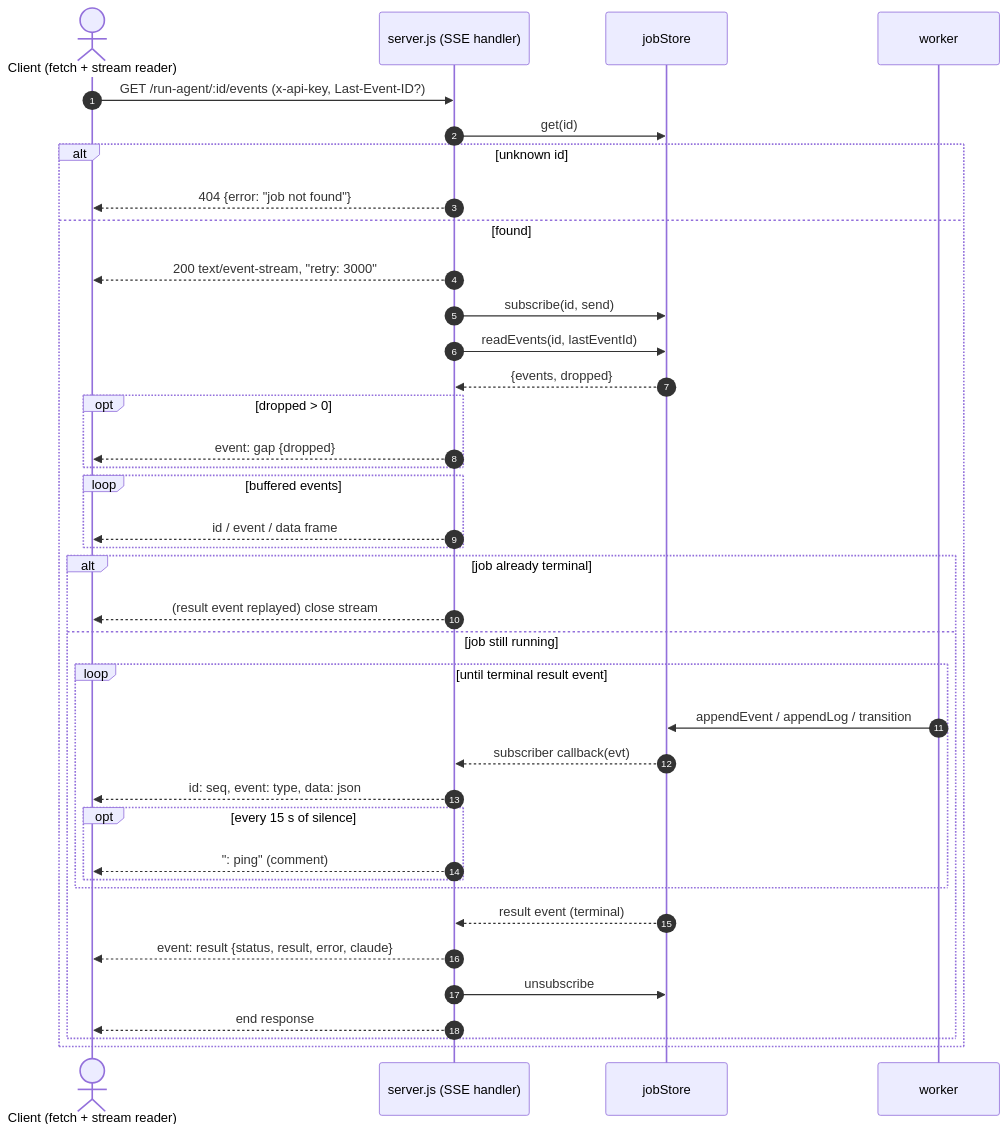
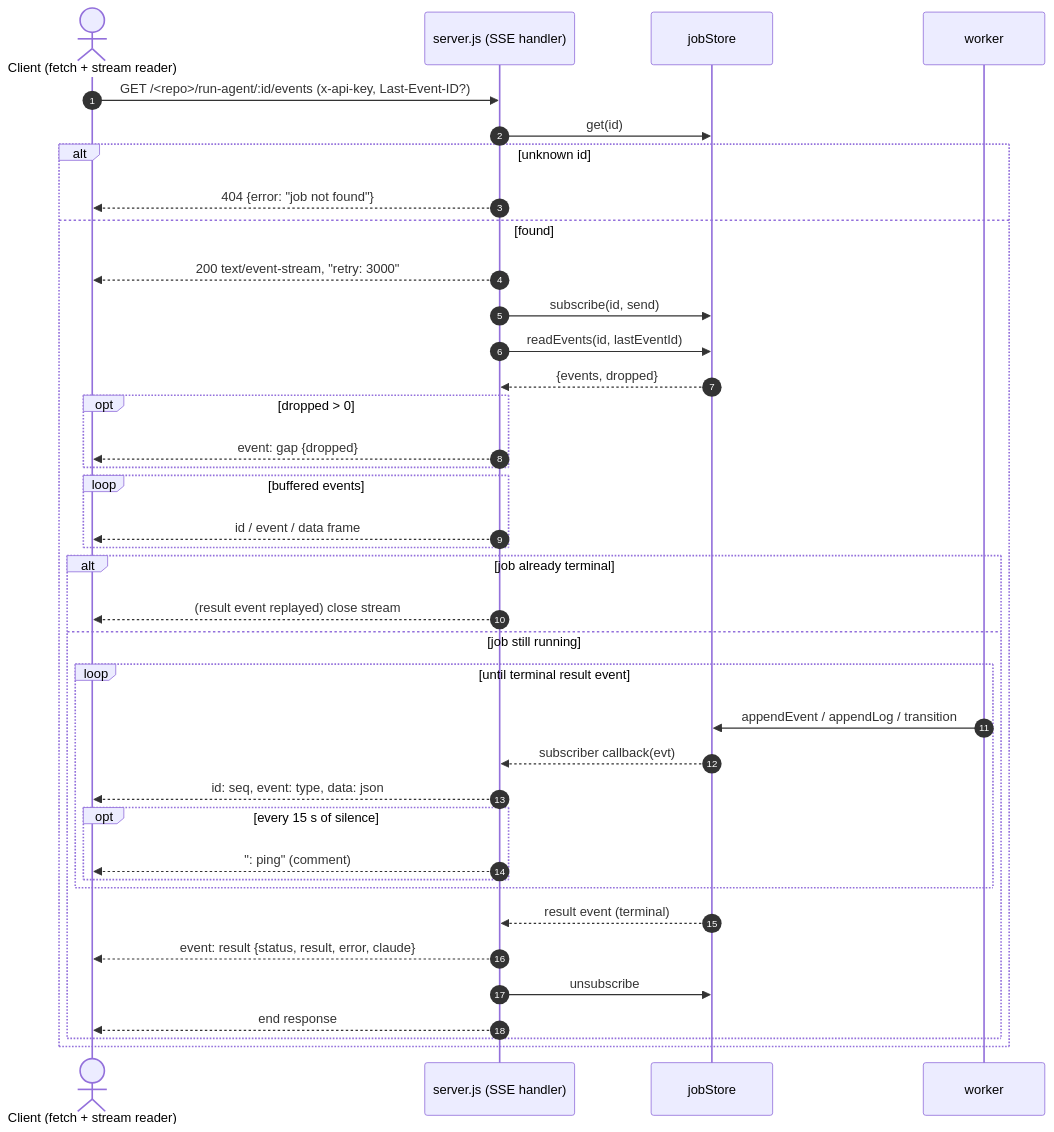
Before and after one commit to buitahau/cloud-agent: the third of 6 diagrams in docs/architecture/diagram/sequence-diagram.md, drawn with Mermaid. The commit also changed other lines of this file and 30 other files, not shown here.

````diff
--- a/docs/architecture/diagram/sequence-diagram.md
+++ b/docs/architecture/diagram/sequence-diagram.md
@@ -74,42 +77,42 @@
 ```mermaid
 sequenceDiagram
     autonumber
     actor C as Client (fetch + stream reader)
     participant S as server.js (SSE handler)
     participant ST as jobStore
     participant W as worker
 
-    C->>S: GET /run-agent/:id/events (x-api-key, Last-Event-ID?)
+    C->>S: GET /<repo>/run-agent/:id/events (x-api-key, Last-Event-ID?)
     S->>ST: get(id)
     alt unknown id
         S-->>C: 404 {error: "job not found"}
     else found
         S-->>C: 200 text/event-stream, "retry: 3000"
         S->>ST: subscribe(id, send)
         S->>ST: readEvents(id, lastEventId)
         ST-->>S: {events, dropped}
         opt dropped > 0
             S-->>C: event: gap {dropped}
         end
         loop buffered events
             S-->>C: id / event / data frame
         end
 
         alt job already terminal
             S-->>C: (result event replayed) close stream
         else job still running
             loop until terminal result event
                 W->>ST: appendEvent / appendLog / transition
                 ST-->>S: subscriber callback(evt)
                 S-->>C: id: seq, event: type, data: json
                 opt every 15 s of silence
                     S-->>C: ": ping" (comment)
                 end
             end
             ST-->>S: result event (terminal)
             S-->>C: event: result {status, result, error, claude}
             S->>ST: unsubscribe
             S-->>C: end response
         end
     end
 ```
````
